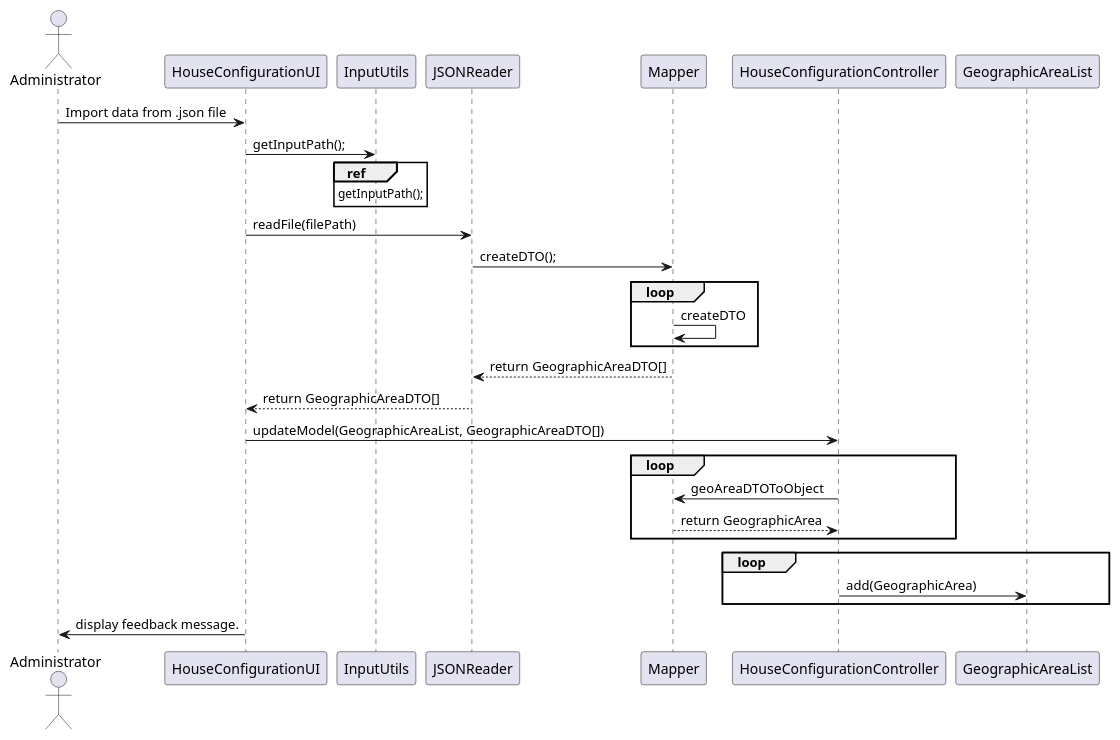
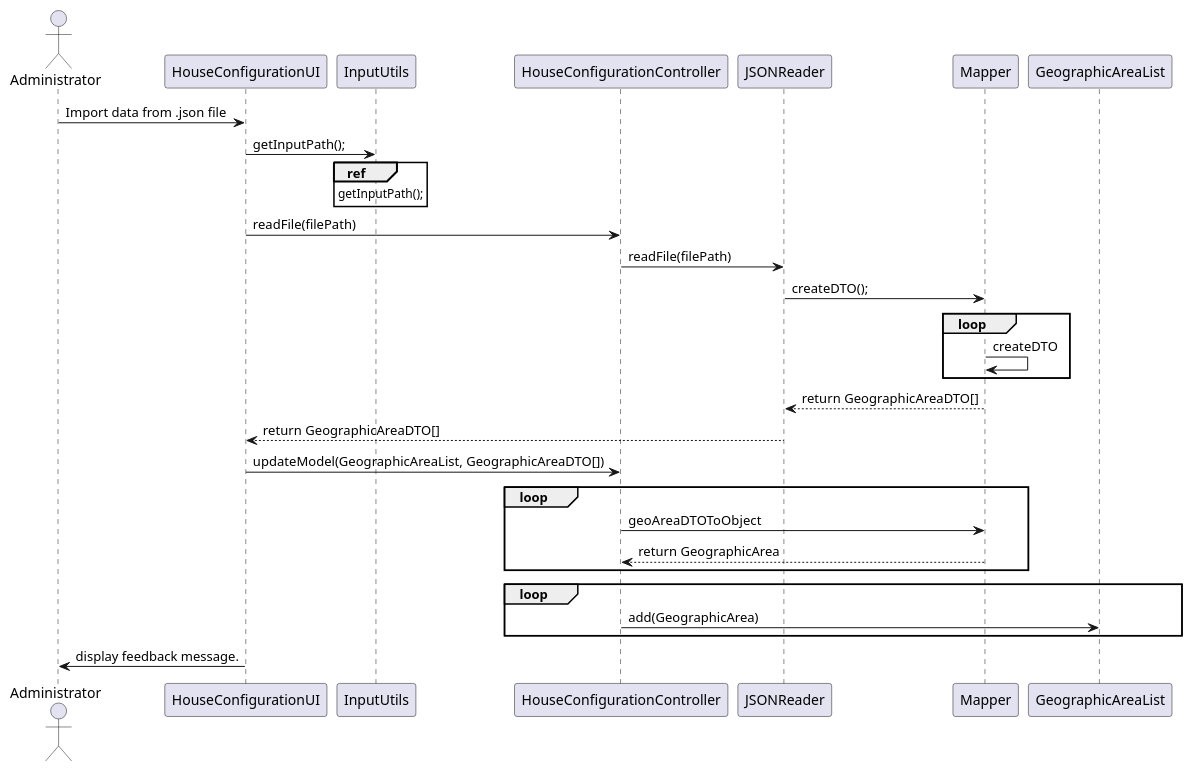
One commit to Almadanmp/project changed the diagram in src/doc/Controllers/HouseConfiguration/US15/US15_sd_HouseConfiguration.puml. Above: the diagram before and after it, drawn with PlantUML. The commit also changed 9 other files, not shown here.

```diff
--- a/src/doc/Controllers/HouseConfiguration/US15/US15_sd_HouseConfiguration.puml
+++ b/src/doc/Controllers/HouseConfiguration/US15/US15_sd_HouseConfiguration.puml
@@ -1,24 +1,25 @@
 @startuml
 actor Administrator
 Administrator -> HouseConfigurationUI: Import data from .json file
 HouseConfigurationUI -> InputUtils: getInputPath();
 ref over InputUtils
 getInputPath();
 end ref
-HouseConfigurationUI -> JSONReader: readFile(filePath)
+HouseConfigurationUI -> HouseConfigurationController: readFile(filePath)
+HouseConfigurationController -> JSONReader: readFile(filePath)
 JSONReader -> Mapper: createDTO();
 loop
 Mapper -> Mapper: createDTO
 end loop
 Mapper --> JSONReader: return GeographicAreaDTO[]
 JSONReader --> HouseConfigurationUI: return GeographicAreaDTO[]
 HouseConfigurationUI -> HouseConfigurationController: updateModel(GeographicAreaList, GeographicAreaDTO[])
 loop
 HouseConfigurationController -> Mapper: geoAreaDTOToObject
 Mapper --> HouseConfigurationController: return GeographicArea
 end loop
 loop
 HouseConfigurationController -> GeographicAreaList: add(GeographicArea)
 end loop
 HouseConfigurationUI -> Administrator: display feedback message.
 @enduml
```
